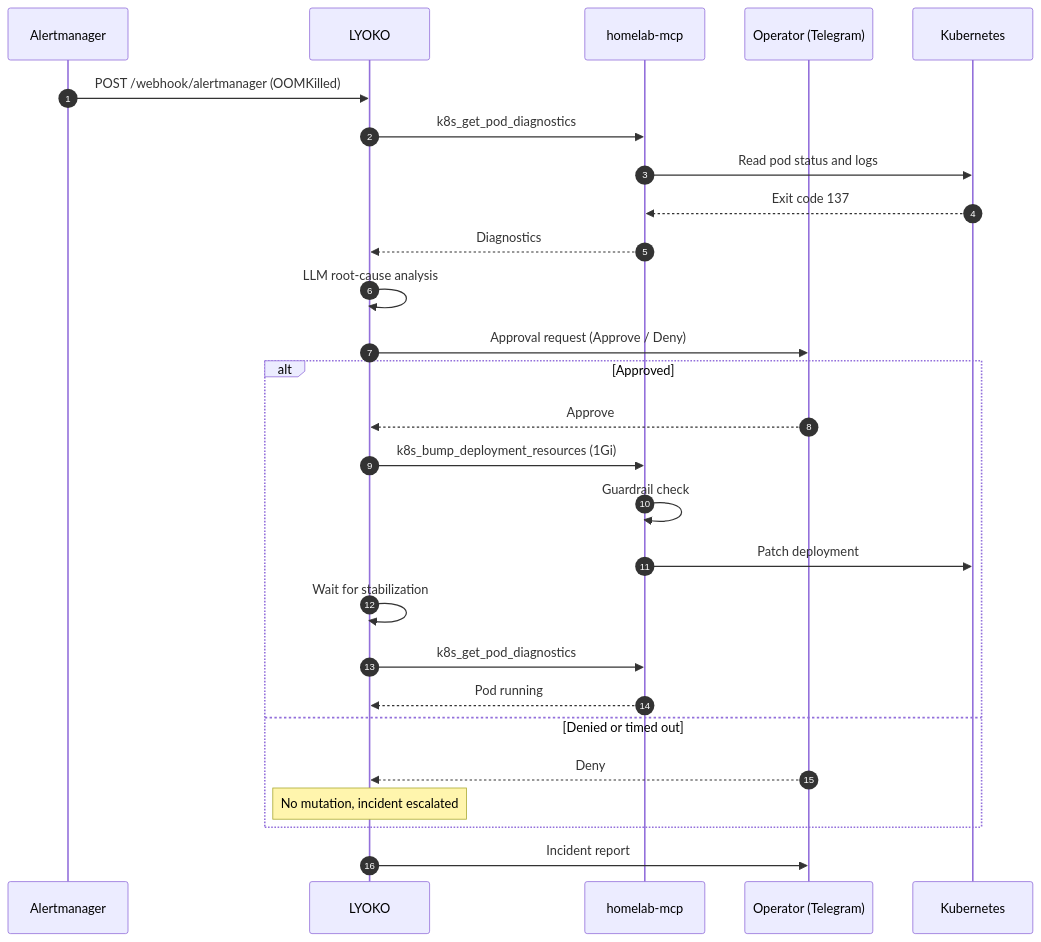
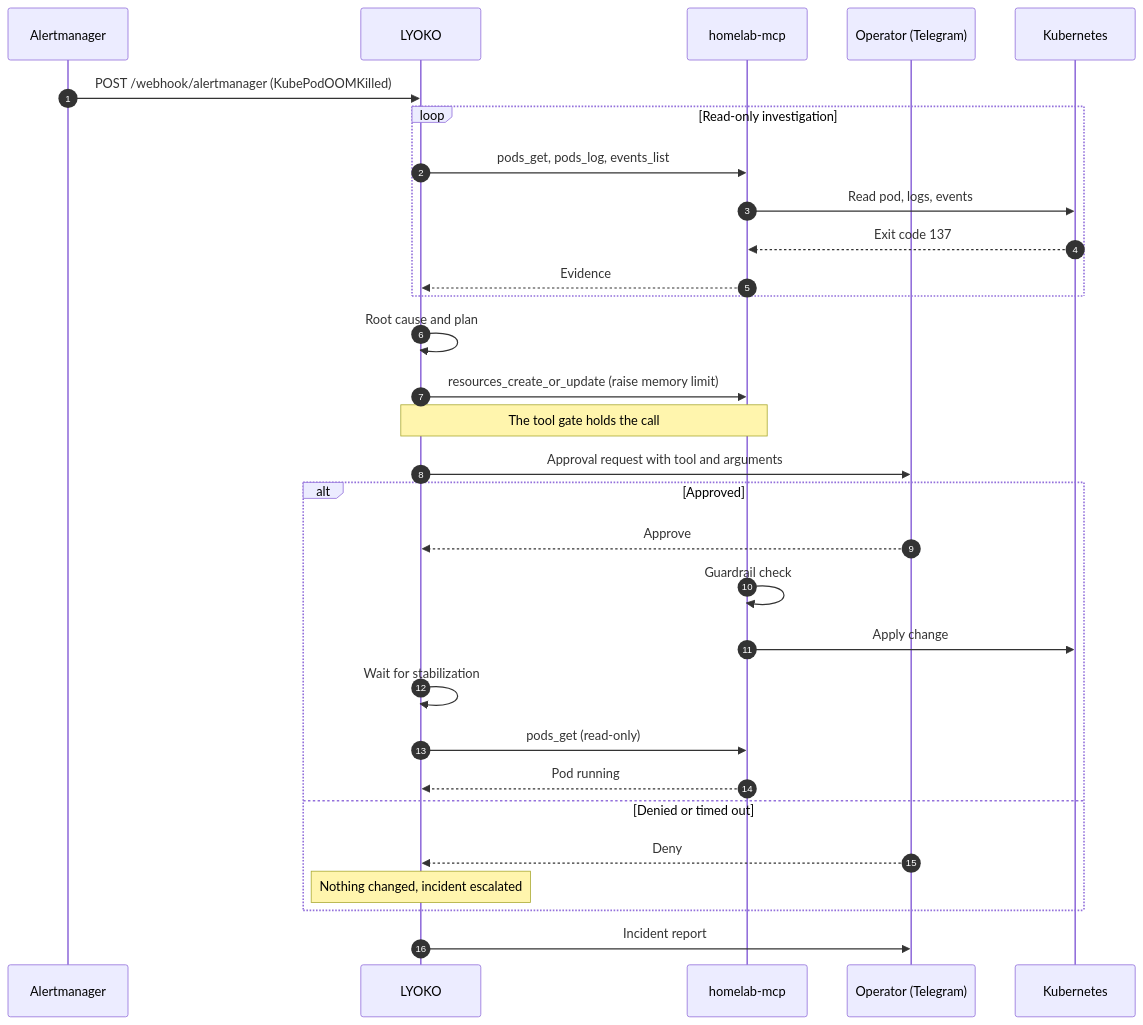
Before and after one commit to csp33/homelab-ai-ops: the second of 2 diagrams in README.md, drawn with Mermaid. The commit also changed other lines of this file and 35 other files, not shown here.

First line of the commit message:
feat(lyoko): route chat and alerts through one tool-gated graph

````diff
--- a/README.md
+++ b/README.md
@@ -72,32 +72,37 @@
 ```mermaid
 sequenceDiagram
     autonumber
     participant AM as Alertmanager
     participant L as LYOKO
     participant G as homelab-mcp
     participant O as Operator (Telegram)
     participant K as Kubernetes
 
-    AM->>L: POST /webhook/alertmanager (OOMKilled)
-    L->>G: k8s_get_pod_diagnostics
-    G->>K: Read pod status and logs
-    K-->>G: Exit code 137
-    G-->>L: Diagnostics
-    L->>L: LLM root-cause analysis
-    L->>O: Approval request (Approve / Deny)
+    AM->>L: POST /webhook/alertmanager (KubePodOOMKilled)
+
+    loop Read-only investigation
+        L->>G: pods_get, pods_log, events_list
+        G->>K: Read pod, logs, events
+        K-->>G: Exit code 137
+        G-->>L: Evidence
+    end
+    L->>L: Root cause and plan
+
+    L->>G: resources_create_or_update (raise memory limit)
+    Note over L,G: The tool gate holds the call
+    L->>O: Approval request with tool and arguments
 
     alt Approved
         O-->>L: Approve
-        L->>G: k8s_bump_deployment_resources (1Gi)
         G->>G: Guardrail check
-        G->>K: Patch deployment
+        G->>K: Apply change
         L->>L: Wait for stabilization
-        L->>G: k8s_get_pod_diagnostics
+        L->>G: pods_get (read-only)
         G-->>L: Pod running
     else Denied or timed out
         O-->>L: Deny
-        Note over L: No mutation, incident escalated
+        Note over L: Nothing changed, incident escalated
     end
 
     L->>O: Incident report
 ```
````
